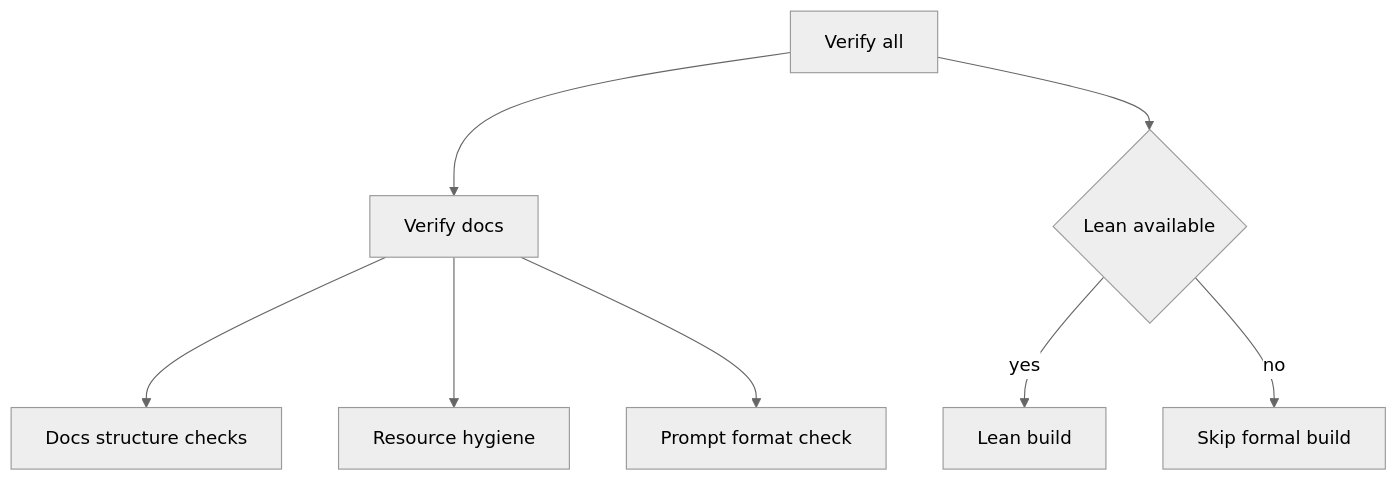
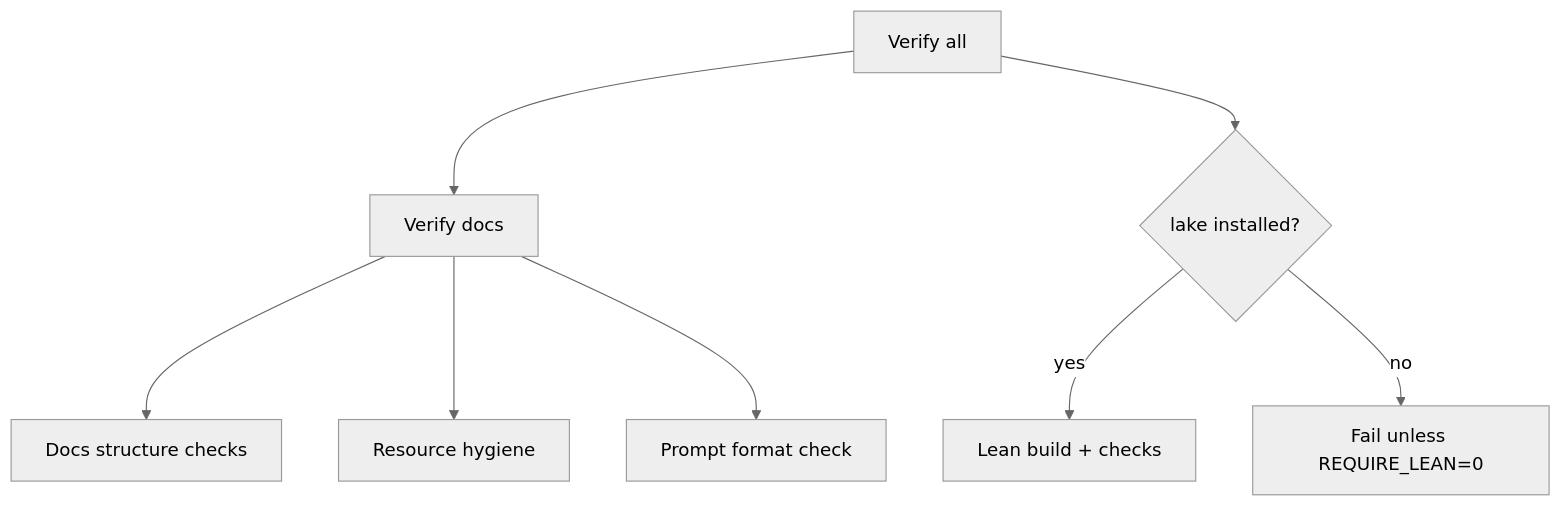
One commit to Xopoko/Experiment-26_P_vs_NP changed the third of 6 diagrams in ARCHITECTURE.md. Above: the diagram before and after it, drawn with Mermaid (neutral theme). The commit also changed other lines of this file and 27 other files, not shown here.

````diff
--- a/ARCHITECTURE.md
+++ b/ARCHITECTURE.md
@@ -98,10 +101,10 @@
 ```mermaid
 graph TD
   A[Verify all] --> B[Verify docs]
   B --> C[Docs structure checks]
   B --> D[Resource hygiene]
   B --> E[Prompt format check]
-  A --> F{Lean available}
-  F -->|yes| G[Lean build]
-  F -->|no| H[Skip formal build]
+  A --> F{lake installed?}
+  F -->|yes| G[Lean build + checks]
+  F -->|no| H[Fail unless REQUIRE_LEAN=0]
 ```
````
